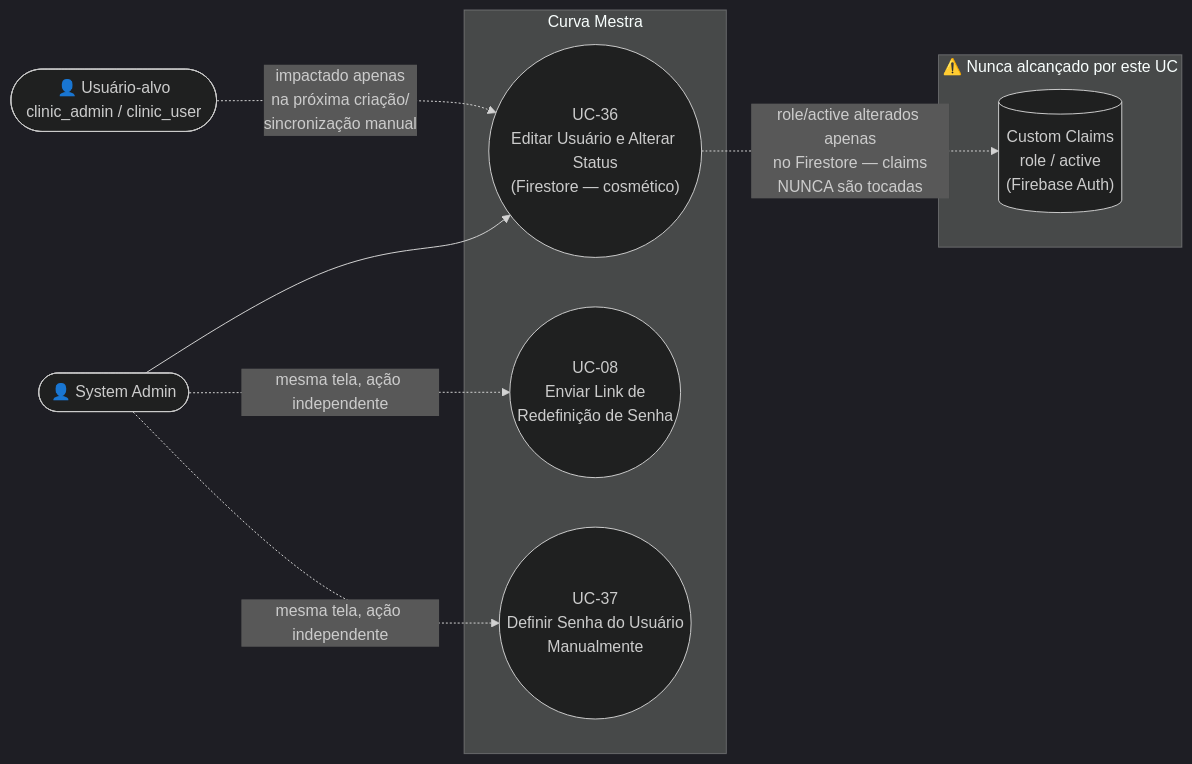
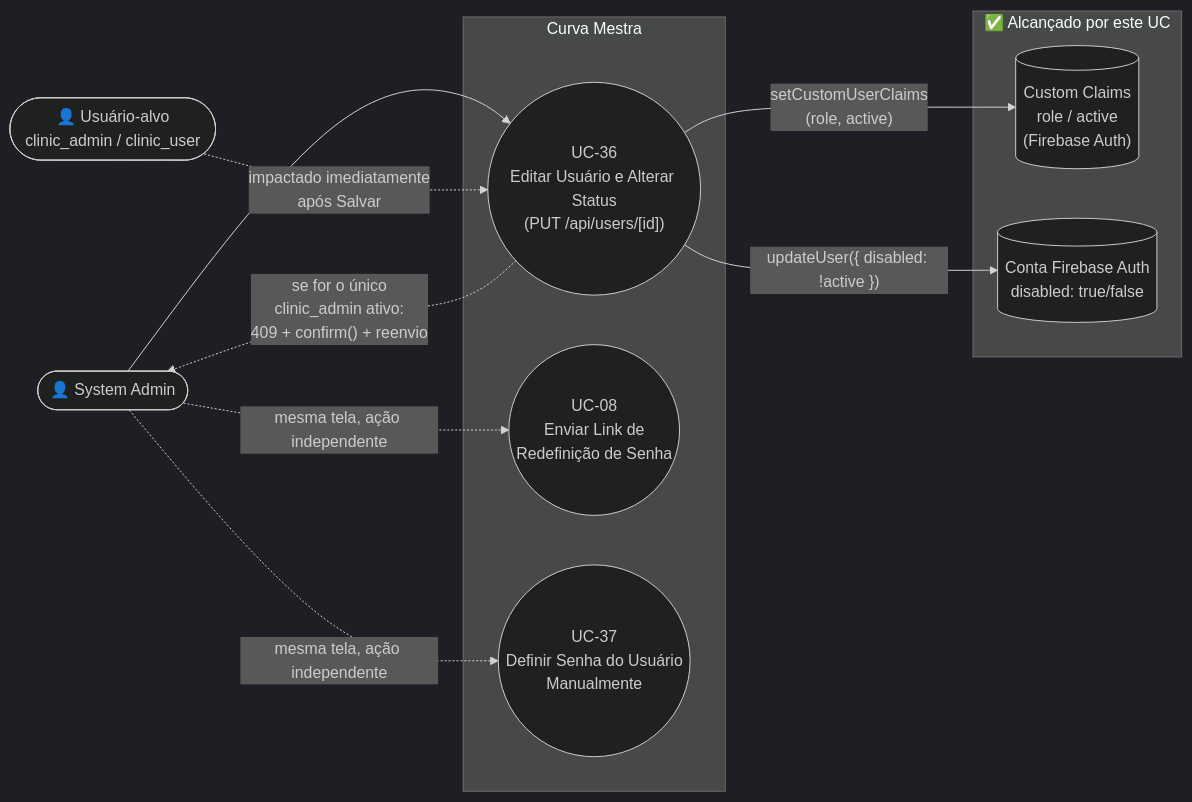
The diagram in ONLY_FOR_DEVS/PO_BA_Docs/UC-36-editar-usuario-e-alterar-status-cross-tenant.md (GScandelari/curva_mestra_system), drawn with Mermaid (dark theme) before and after one commit. The commit also changed other lines of this file and 1 other file, not shown here.

````diff
--- a/ONLY_FOR_DEVS/PO_BA_Docs/UC-36-editar-usuario-e-alterar-status-cross-tenant.md
+++ b/ONLY_FOR_DEVS/PO_BA_Docs/UC-36-editar-usuario-e-alterar-status-cross-tenant.md
@@ -16,21 +16,24 @@
 ```mermaid
 flowchart LR
     SystemAdmin([👤 System Admin])
     Usuario([👤 Usuário-alvo\nclinic_admin / clinic_user])
 
     subgraph Sistema["Curva Mestra"]
-        UC36(("UC-36\nEditar Usuário e Alterar Status\n(Firestore — cosmético)"))
+        UC36(("UC-36\nEditar Usuário e Alterar Status\n(PUT /api/users/[id])"))
         UC08(("UC-08\nEnviar Link de\nRedefinição de Senha"))
         UC37(("UC-37\nDefinir Senha do Usuário\nManualmente"))
     end
 
-    subgraph SemEfeito["⚠️ Nunca alcançado por este UC"]
+    subgraph Sincronizado["✅ Alcançado por este UC"]
         Claims[("Custom Claims\nrole / active\n(Firebase Auth)")]
+        AuthAccount[("Conta Firebase Auth\ndisabled: true/false")]
     end
 
     SystemAdmin --> UC36
     SystemAdmin -.->|mesma tela, ação independente| UC08
     SystemAdmin -.->|mesma tela, ação independente| UC37
-    UC36 -.->|"role/active alterados apenas\nno Firestore — claims\nNUNCA são tocadas"| Claims
-    Usuario -.->|impactado apenas\nna próxima criação/\nsincronização manual| UC36
+    UC36 -->|"setCustomUserClaims\n(role, active)"| Claims
+    UC36 -->|"updateUser({ disabled: !active })"| AuthAccount
+    UC36 -.->|"se for o único\nclinic_admin ativo:\n409 + confirm() + reenvio"| SystemAdmin
+    Usuario -.->|impactado imediatamente\napós Salvar| UC36
 ```
````
